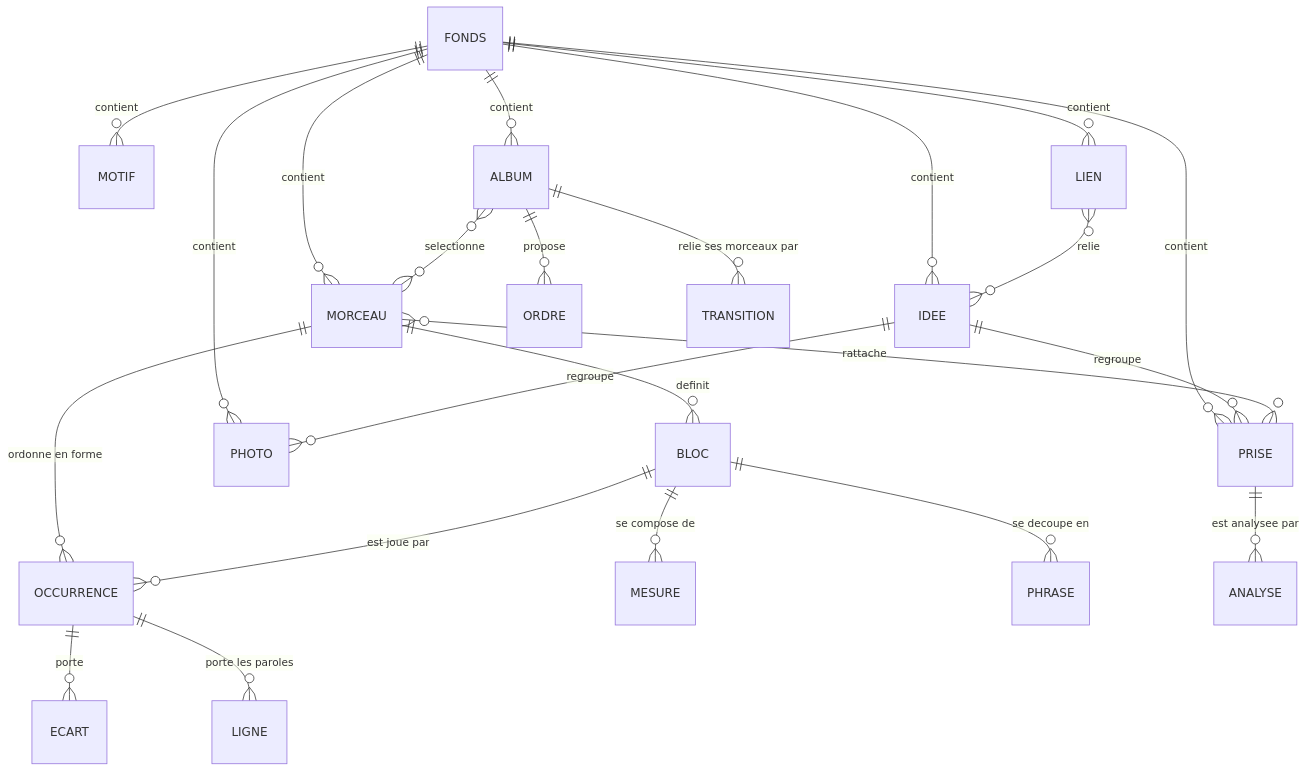
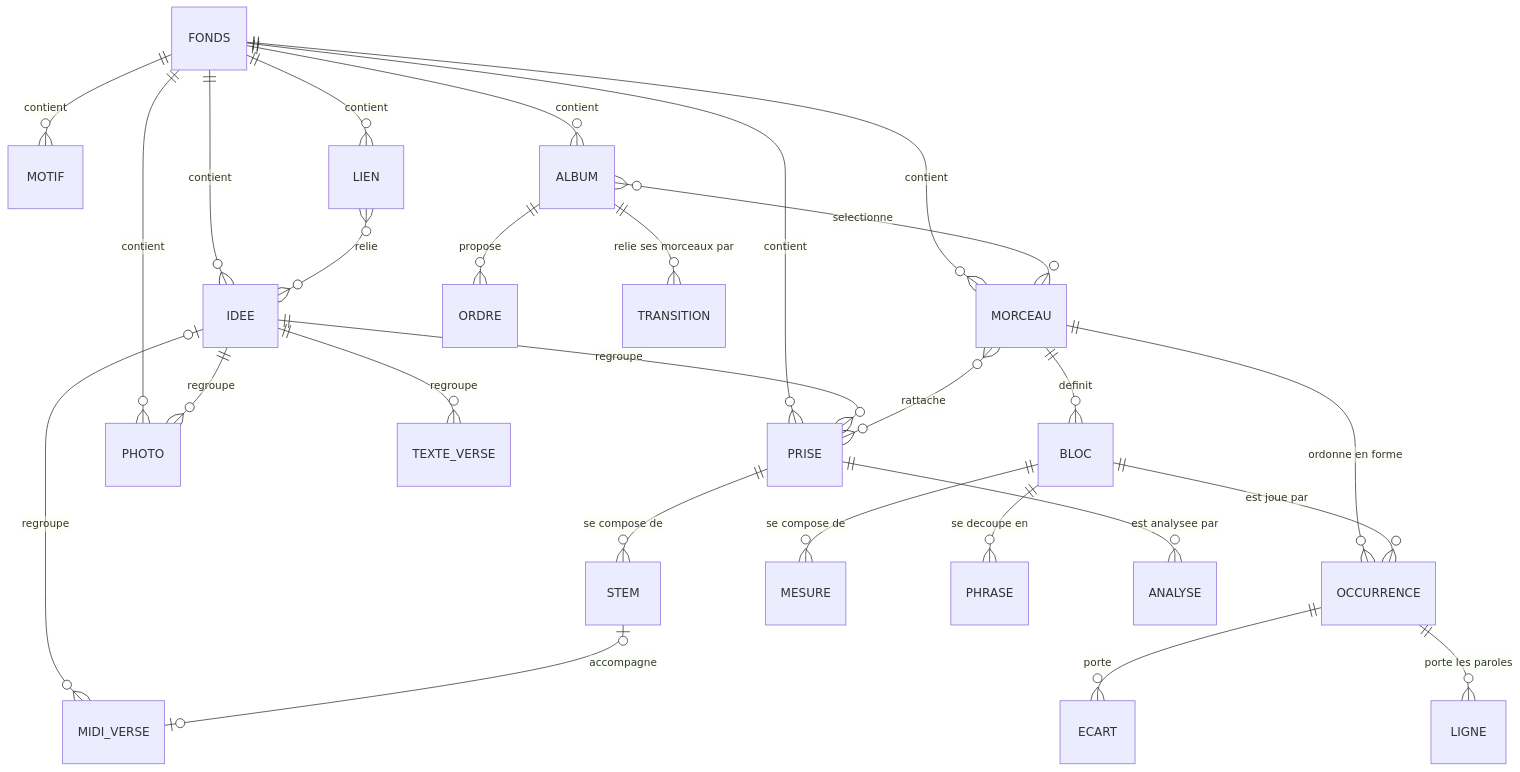
One commit to EdouardZemb/pupitre changed the seventh of 7 diagrams in docs/30-modele-de-domaine.md. Above: the diagram before and after it, drawn with Mermaid. The commit also changed other lines of this file and 12 other files, not shown here.

````diff
--- a/docs/30-modele-de-domaine.md
+++ b/docs/30-modele-de-domaine.md
@@ -727,25 +753,29 @@
 ```mermaid
 erDiagram
   FONDS ||--o{ IDEE : contient
   FONDS ||--o{ MOTIF : contient
   FONDS ||--o{ PRISE : contient
   FONDS ||--o{ PHOTO : contient
   FONDS ||--o{ LIEN : contient
   FONDS ||--o{ MORCEAU : contient
   FONDS ||--o{ ALBUM : contient
   IDEE ||--o{ PRISE : regroupe
   IDEE ||--o{ PHOTO : regroupe
+  IDEE |o--o{ MIDI_VERSE : regroupe
+  IDEE ||--o{ TEXTE_VERSE : regroupe
+  PRISE ||--o{ STEM : "se compose de"
+  STEM |o--o| MIDI_VERSE : accompagne
   LIEN }o--o{ IDEE : relie
   MORCEAU ||--o{ BLOC : definit
   MORCEAU ||--o{ OCCURRENCE : "ordonne en forme"
   BLOC ||--o{ OCCURRENCE : "est joue par"
   BLOC ||--o{ MESURE : "se compose de"
   BLOC ||--o{ PHRASE : "se decoupe en"
   OCCURRENCE ||--o{ ECART : porte
   OCCURRENCE ||--o{ LIGNE : "porte les paroles"
   MORCEAU }o--o{ PRISE : rattache
   PRISE ||--o{ ANALYSE : "est analysee par"
   ALBUM }o--o{ MORCEAU : selectionne
   ALBUM ||--o{ ORDRE : propose
   ALBUM ||--o{ TRANSITION : "relie ses morceaux par"
 ```
````
